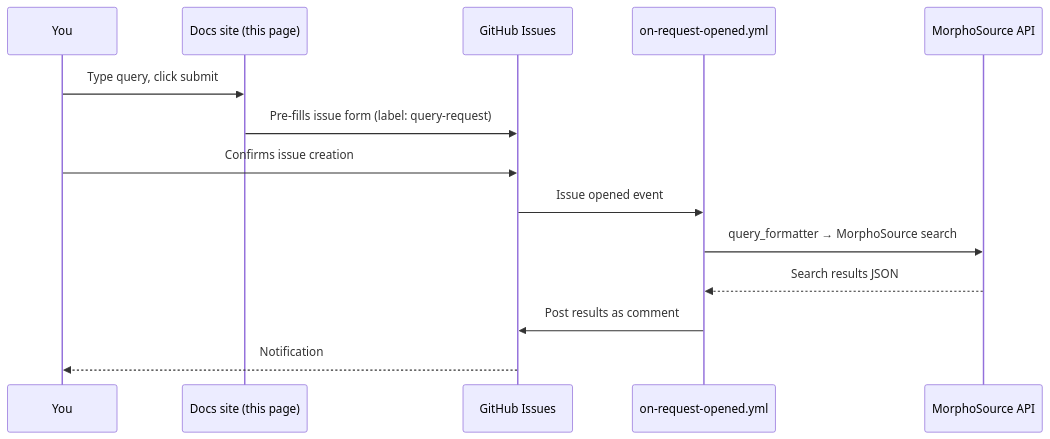
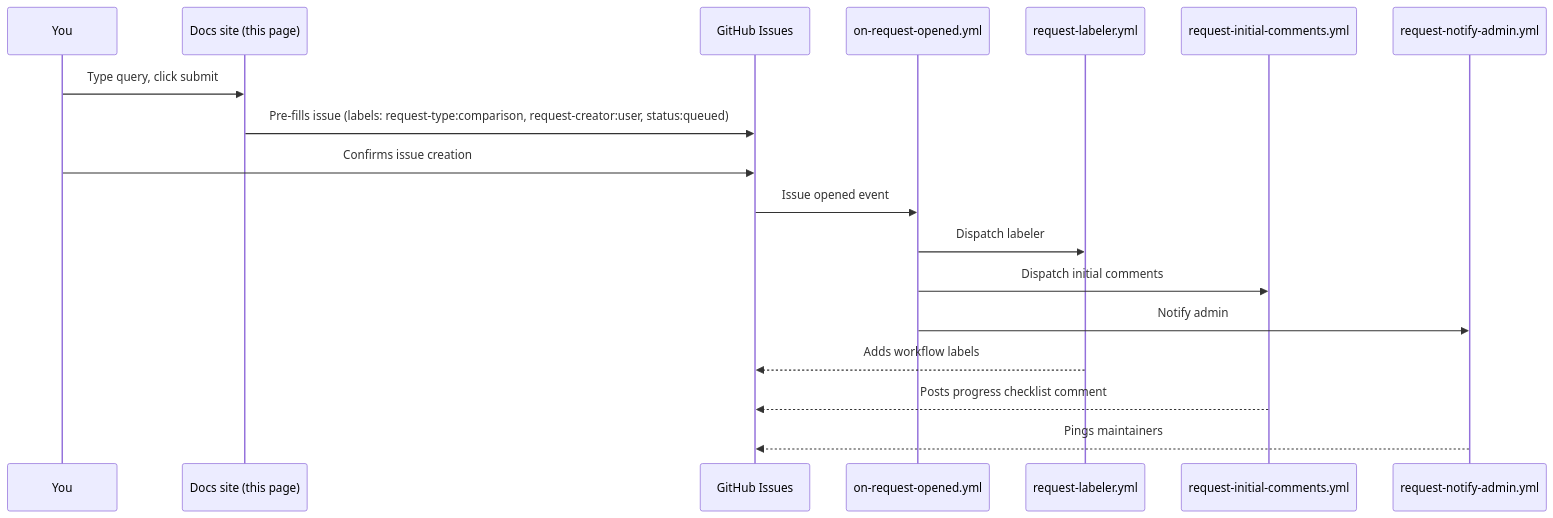
The diagram in docs/query.md (johntrue15/MorphoClaw), drawn with Mermaid before and after one commit. The commit also changed other lines of this file and 3 other files, not shown here.

````diff
--- a/docs/query.md
+++ b/docs/query.md
@@ -205,17 +252,21 @@
 ```mermaid
 sequenceDiagram
     participant U as You
     participant D as Docs site (this page)
     participant GH as GitHub Issues
-    participant WF as on-request-opened.yml
-    participant API as MorphoSource API
+    participant H as on-request-opened.yml
+    participant L as request-labeler.yml
+    participant I as request-initial-comments.yml
+    participant N as request-notify-admin.yml
 
     U->>D: Type query, click submit
-    D->>GH: Pre-fills issue form (label: query-request)
+    D->>GH: Pre-fills issue (labels: request-type:comparison, request-creator:user, status:queued)
     U->>GH: Confirms issue creation
-    GH->>WF: Issue opened event
-    WF->>API: query_formatter → MorphoSource search
-    API-->>WF: Search results JSON
-    WF->>GH: Post results as comment
-    GH-->>U: Notification
+    GH->>H: Issue opened event
+    H->>L: Dispatch labeler
+    H->>I: Dispatch initial comments
+    H->>N: Notify admin
+    L-->>GH: Adds workflow labels
+    I-->>GH: Posts progress checklist comment
+    N-->>GH: Pings maintainers
 ```
````
